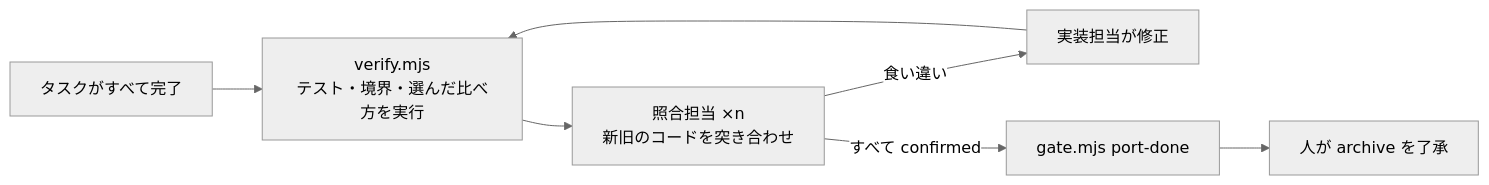
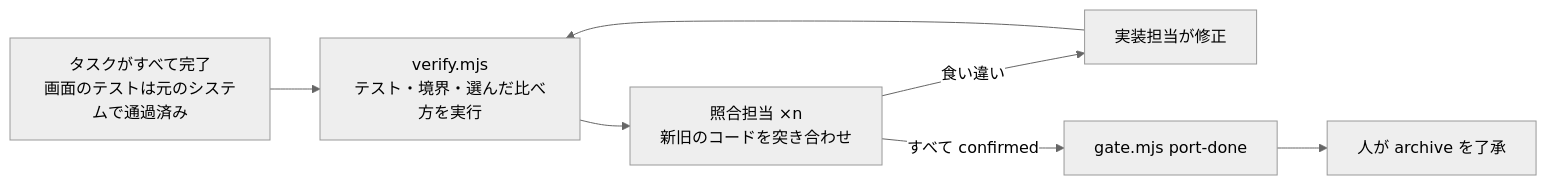
The third of 5 diagrams in docs/WORKFLOW.md (umauma00/spec-relay), drawn with Mermaid (neutral theme) before and after one commit. The commit also changed other lines of this file and 32 other files, not shown here.

````diff
--- a/docs/WORKFLOW.md
+++ b/docs/WORKFLOW.md
@@ -163,8 +165,8 @@
 ```mermaid
 flowchart LR
-  T[タスクがすべて完了] --> V[verify.mjs<br/>テスト・境界・選んだ比べ方を実行]
+  T[タスクがすべて完了<br/>画面のテストは元のシステムで通過済み] --> V[verify.mjs<br/>テスト・境界・選んだ比べ方を実行]
   V --> K[照合担当 ×n<br/>新旧のコードを突き合わせ]
   K -->|食い違い| F[実装担当が修正] --> V
   K -->|すべて confirmed| G[gate.mjs port-done]
   G --> P[人が archive を了承]
 ```
````
